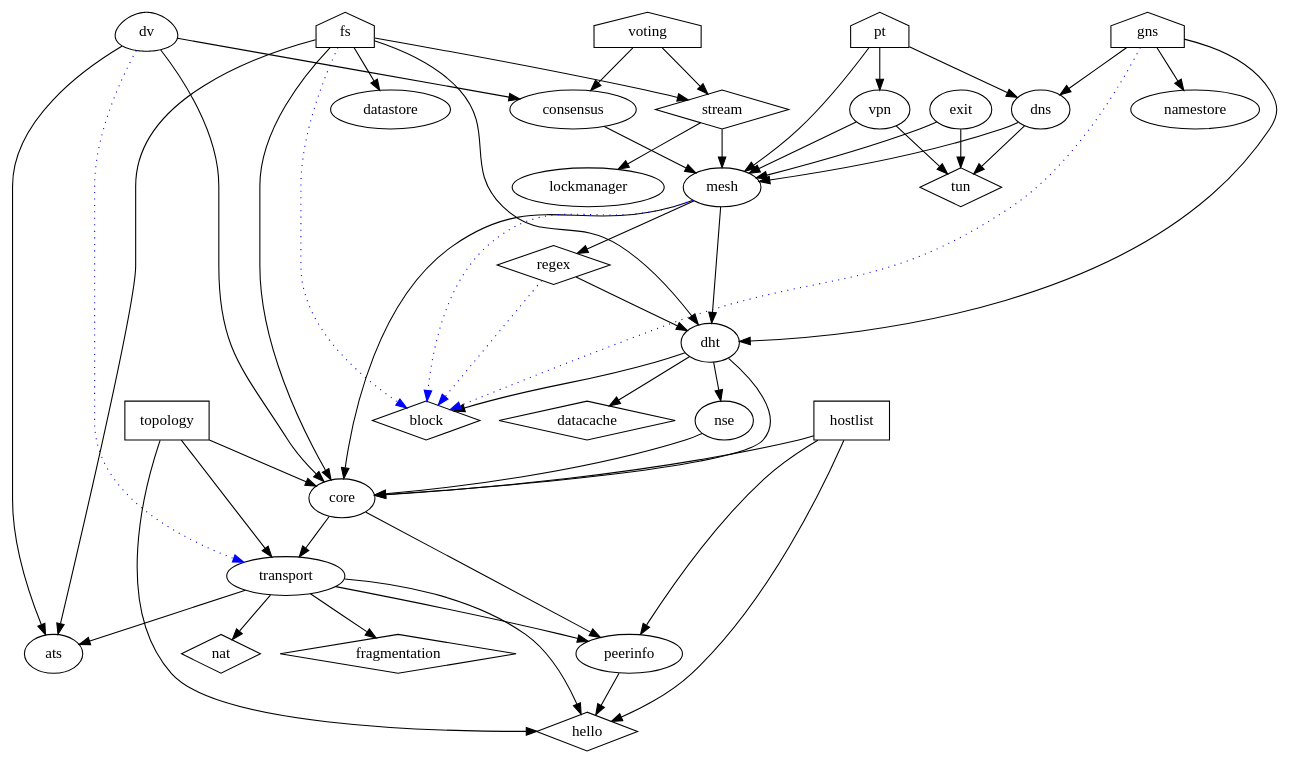
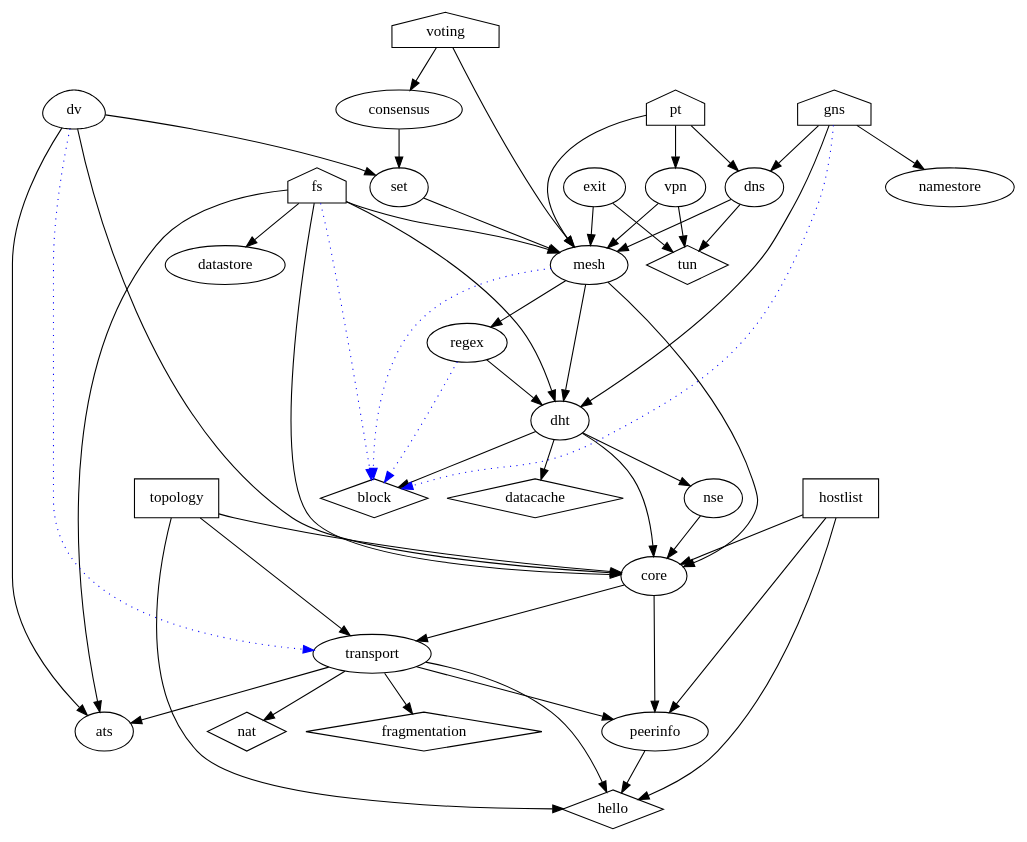
Before and after one commit to GNUnet-Mirror/GNUnet: the diagram in doc/structure.dot, drawn with Graphviz.

Commit message:
-updating desired project structure graph

```diff
--- a/doc/structure.dot
+++ b/doc/structure.dot
@@ -1,85 +1,82 @@
 // house = application
 // circle (default) = service
 // box = daemon
 // diamond = library
 // black line = dependency
 // blue line = extension via plugin
 // dashed = in planning
 
 digraph dependencies {
 splines = true;
   voting [shape=house];
   voting -> consensus;
-  voting -> stream;
+  voting -> mesh;
   fs [shape=house];
   fs -> dht;
   fs -> core;
   fs -> datastore;
-  fs -> stream;
+  fs -> mesh;
   fs -> ats;
   fs -> block [style=dotted,color=blue];
   exit -> mesh;
   exit -> tun;
   vpn -> mesh;
   vpn -> tun;
   pt [shape=house];
   pt -> mesh;
   pt -> vpn;
   pt -> dns;
   dv -> ats;
   dns -> mesh;
   dns -> tun;
   gns [shape=house];
   gns -> namestore;
   gns -> dns;
   gns -> dht;
   gns -> block [style=dotted,color=blue];
 //  psycd [style=dashed,shape=house];
 //  psycd -> mesh [style=dashed];
-  stream [shape=diamond];
-  stream -> mesh;
-  stream -> lockmanager;
   dht -> core;
   dht -> nse;
   dht -> block;
   dht -> datacache;
 //  dht -> ats [style=dashed];
   nse -> core;
   regex -> block [style=dotted,color=blue];
   block [shape=diamond];
   datacache [shape=diamond];
   mesh -> core [weight=2];
   mesh -> dht;
   mesh -> regex;
   mesh -> block [style=dotted,color=blue];
 //  mesh -> ats [style=dashed];
-  regex [shape=diamond];
   regex -> dht;
   core -> transport;
   core -> peerinfo;
   topology [shape=box];
   topology -> transport;
   topology -> core;
   topology -> hello;
   hostlist [shape=box];
   hostlist -> core;
   hostlist -> peerinfo;
   hostlist -> hello;
   transport -> ats;
   transport -> hello;	  
   transport -> peerinfo;
   transport -> nat;
   transport -> fragmentation;
   dv [shape=egg];
   dv -> transport [color=blue,style=dotted];
   dv -> core;
-  dv -> consensus;
-  consensus -> mesh;
+  dv -> set;
+  consensus -> set;
+  set -> mesh;
   peerinfo -> hello;
   fragmentation [shape=diamond];
   hello [shape=diamond];
   nat [shape=diamond];
   tun [shape=diamond];
 
 
 }
```
